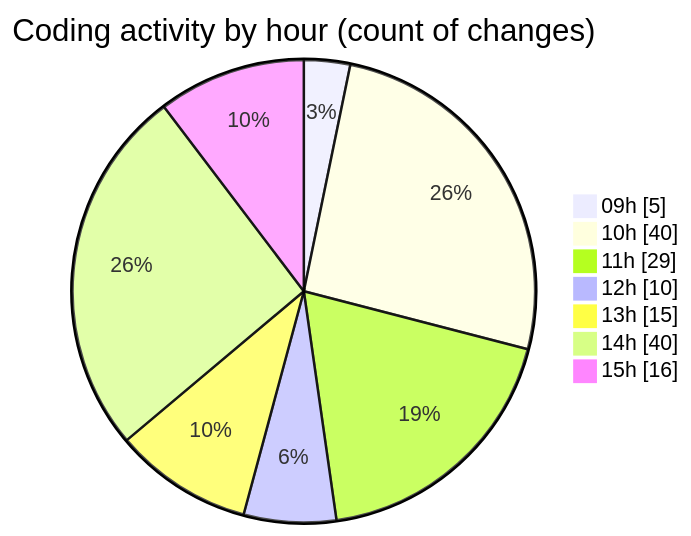
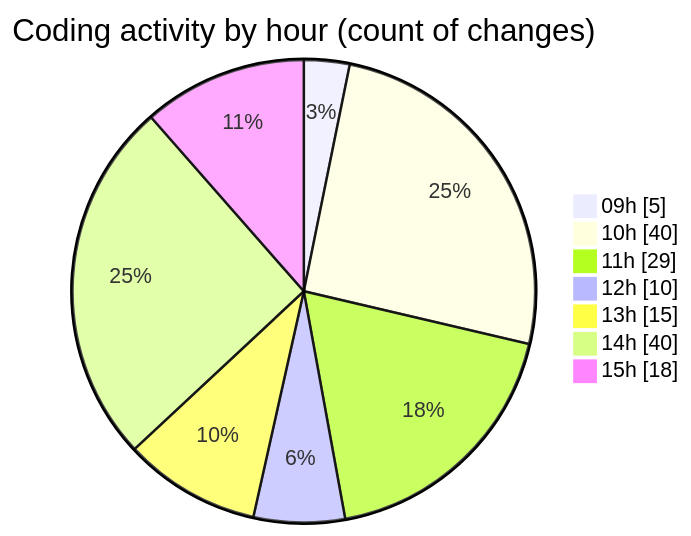
One commit to CELIANVF/code-tracking changed the second of 2 diagrams in 2025-06-02/ecodeli-1/README.md. Above: the diagram before and after it, drawn with Mermaid. The commit also changed other lines of this file and 1 other file, not shown here.

````diff
--- a/2025-06-02/ecodeli-1/README.md
+++ b/2025-06-02/ecodeli-1/README.md
@@ -93,11 +93,11 @@
 ```mermaid
 pie showData
 title Coding activity by hour (count of changes)
 "09h" : 5
 "10h" : 40
 "11h" : 29
 "12h" : 10
 "13h" : 15
 "14h" : 40
-"15h" : 16
+"15h" : 18
 ```
````
